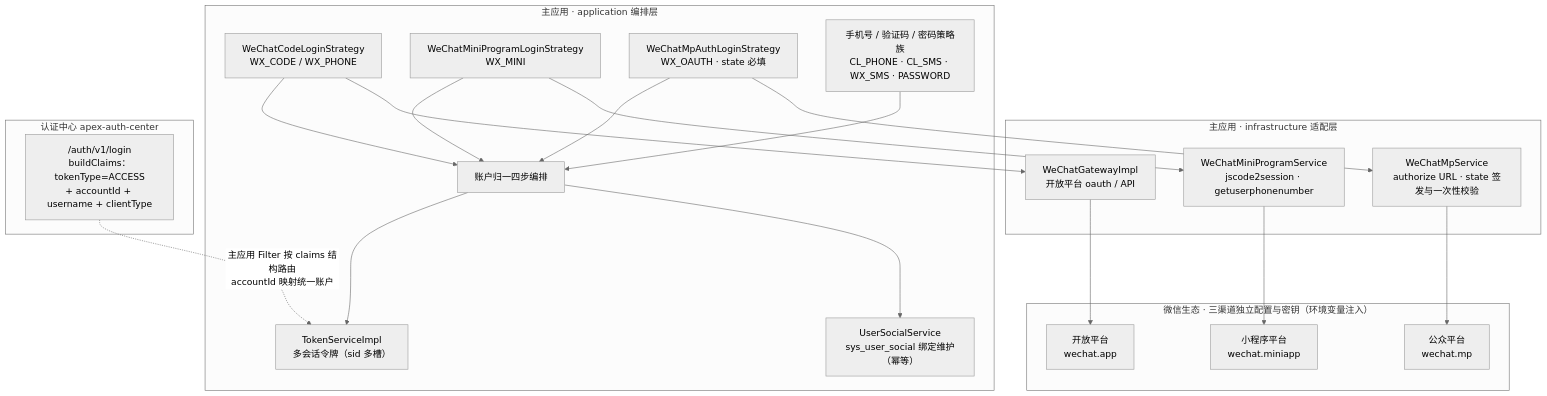
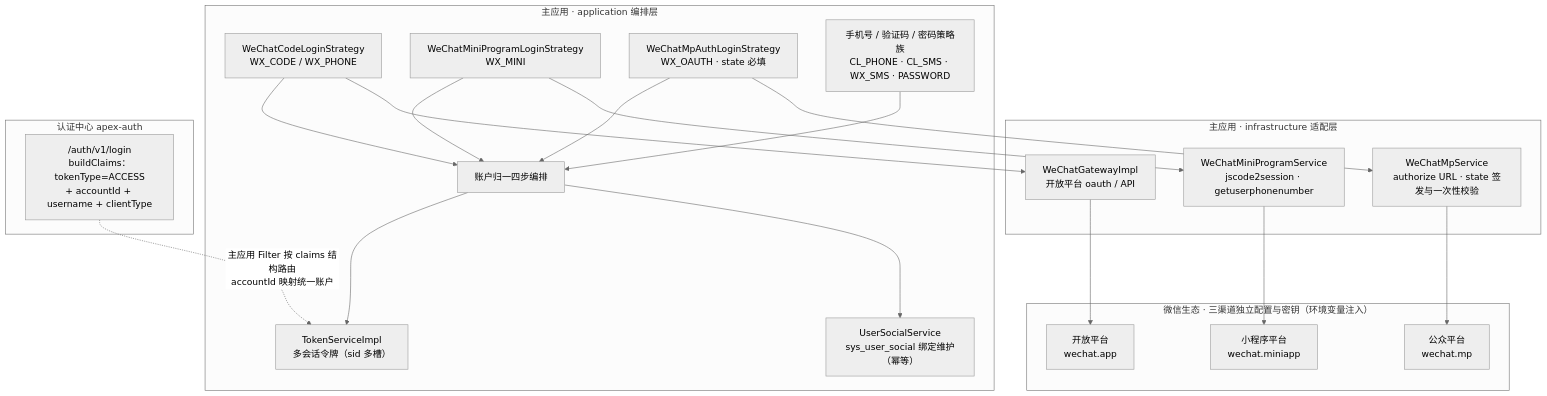
The third of 15 diagrams in docs/02-architecture/multi-client-integration-plan.md (apex-cloud-service/apex-scaffold), drawn with Mermaid (neutral theme) before and after one commit. The commit also changed other lines of this file and 507 other files, not shown here.

````diff
--- a/docs/02-architecture/multi-client-integration-plan.md
+++ b/docs/02-architecture/multi-client-integration-plan.md
@@ -114,39 +114,39 @@
 ```mermaid
 flowchart TB
     subgraph WX["微信生态 · 三渠道独立配置与密钥（环境变量注入）"]
         WXOPEN["开放平台<br/>wechat.app"]
         WXMINI["小程序平台<br/>wechat.miniapp"]
         WXMP["公众平台<br/>wechat.mp"]
     end
 
     subgraph INFRA["主应用 · infrastructure 适配层"]
         G1["WeChatGatewayImpl<br/>开放平台 oauth / API"]
         G2["WeChatMiniProgramService<br/>jscode2session · getuserphonenumber"]
         G3["WeChatMpService<br/>authorize URL · state 签发与一次性校验"]
     end
 
     subgraph APPLAYER["主应用 · application 编排层"]
         S1["WeChatCodeLoginStrategy<br/>WX_CODE / WX_PHONE"]
         S2["WeChatMiniProgramLoginStrategy<br/>WX_MINI"]
         S3["WeChatMpAuthLoginStrategy<br/>WX_OAUTH · state 必填"]
         S4["手机号 / 验证码 / 密码策略族<br/>CL_PHONE · CL_SMS · WX_SMS · PASSWORD"]
         NORMAL["账户归一四步编排"]
         SOCIAL["UserSocialService<br/>sys_user_social 绑定维护（幂等）"]
         TOKEN["TokenServiceImpl<br/>多会话令牌（sid 多槽）"]
     end
 
-    subgraph AUTHC["认证中心 apex-auth-center"]
+    subgraph AUTHC["认证中心 apex-auth"]
         ALOGIN["/auth/v1/login<br/>buildClaims：tokenType=ACCESS<br/>+ accountId + username + clientType"]
     end
 
     S1 --> G1 --> WXOPEN
     S2 --> G2 --> WXMINI
     S3 --> G3 --> WXMP
     S1 --> NORMAL
     S2 --> NORMAL
     S3 --> NORMAL
     S4 --> NORMAL
     NORMAL --> SOCIAL
     NORMAL --> TOKEN
     ALOGIN -.->|"主应用 Filter 按 claims 结构路由<br/>accountId 映射统一账户"| TOKEN
 ```
````
